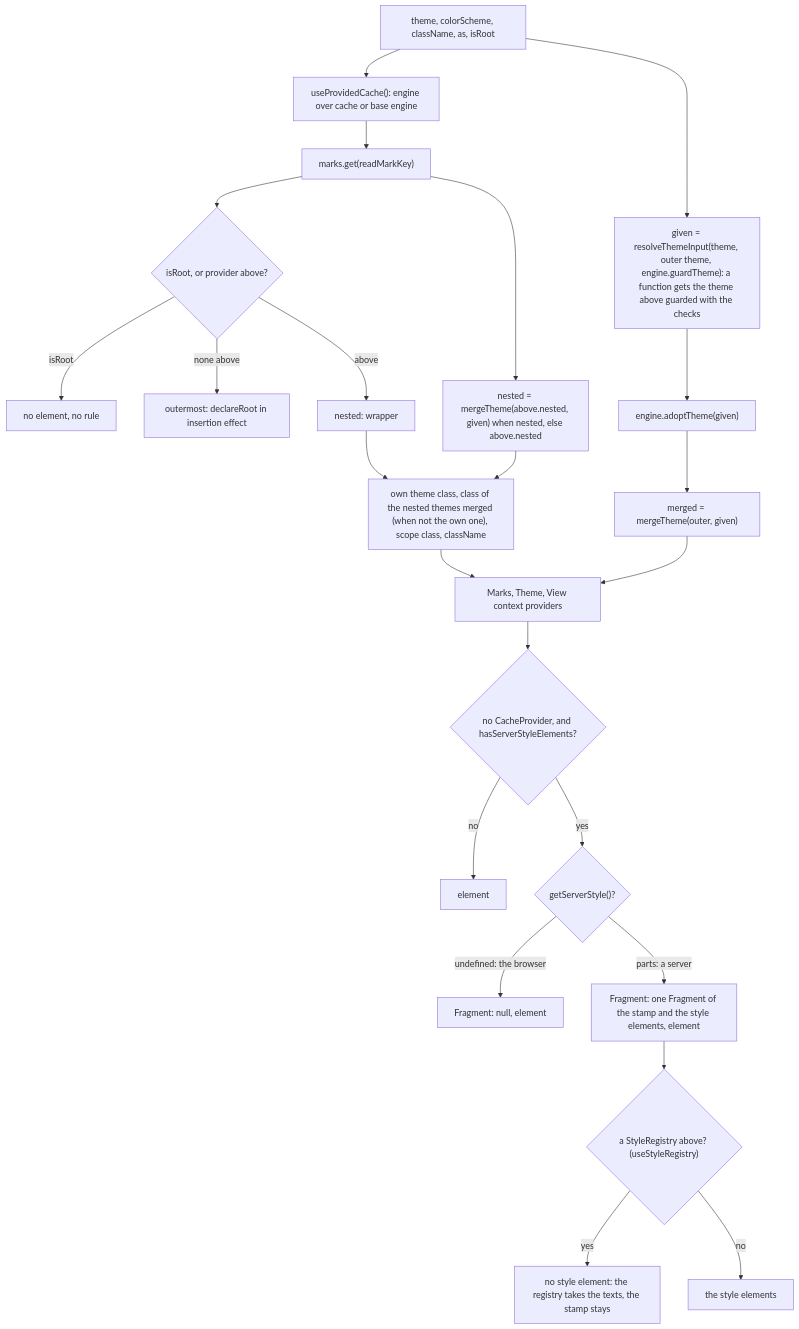
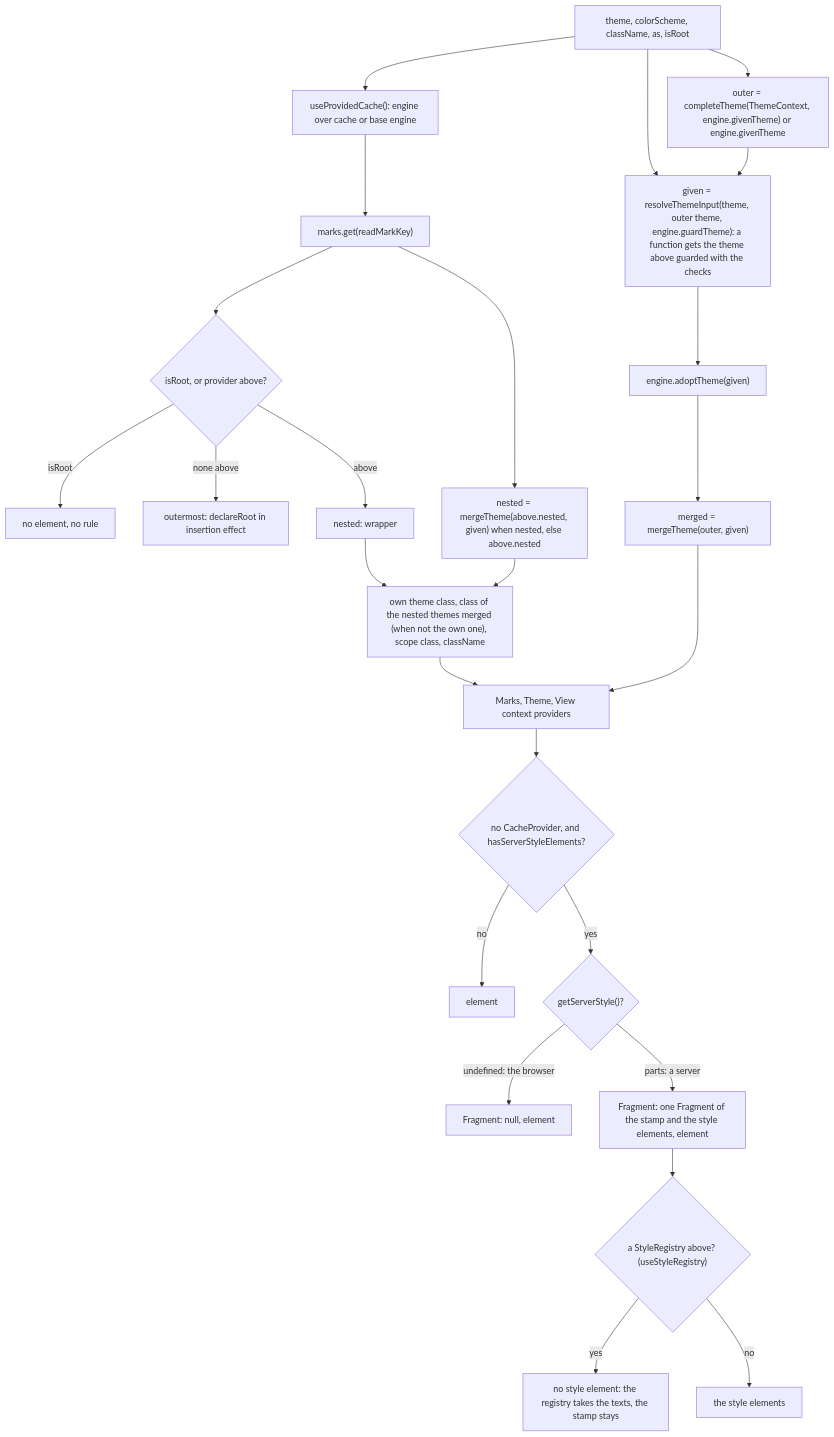
One commit to soroush-tech/umber-style changed the diagram in packages/react/src/ThemeProvider.md. Above: the diagram before and after it, drawn with Mermaid. The commit also changed other lines of this file and 42 other files, not shown here.

````diff
--- a/packages/react/src/ThemeProvider.md
+++ b/packages/react/src/ThemeProvider.md
@@ -22,25 +22,27 @@
 ```mermaid
 flowchart TD
   props["theme, colorScheme, className, as, isRoot"] --> cache["useProvidedCache(): engine over cache or base engine"]
   cache --> above["marks.get(readMarkKey)"]
   above --> role{"isRoot, or provider above?"}
   role -->|isRoot| rootRole["no element, no rule"]
   role -->|none above| outer["outermost: declareRoot in insertion effect"]
   role -->|above| nested["nested: wrapper"]
   props --> given["given = resolveThemeInput(theme, outer theme, engine.guardTheme): a function gets the theme above guarded with the checks"]
+  props --> outerTheme["outer = completeTheme(ThemeContext, engine.givenTheme) or engine.givenTheme"]
+  outerTheme --> given
   given --> adopt["engine.adoptTheme(given)"]
   adopt --> merged["merged = mergeTheme(outer, given)"]
   above --> nestedTheme["nested = mergeTheme(above.nested, given) when nested, else above.nested"]
   nestedTheme --> classes
   nested --> classes["own theme class, class of the nested themes merged (when not the own one), scope class, className"]
   merged --> contexts["Marks, Theme, View context providers"]
   classes --> contexts
   contexts --> place{"no CacheProvider, and hasServerStyleElements?"}
   place -->|no| out["element"]
   place -->|yes| server{"getServerStyle()?"}
   server -->|undefined: the browser| empty["Fragment: null, element"]
   server -->|parts: a server| styled["Fragment: one Fragment of the stamp and the style elements, element"]
   styled --> reg{"a StyleRegistry above? (useStyleRegistry)"}
   reg -->|yes| regTexts["no style element: the registry takes the texts, the stamp stays"]
   reg -->|no| elementsOut["the style elements"]
 ```
````
